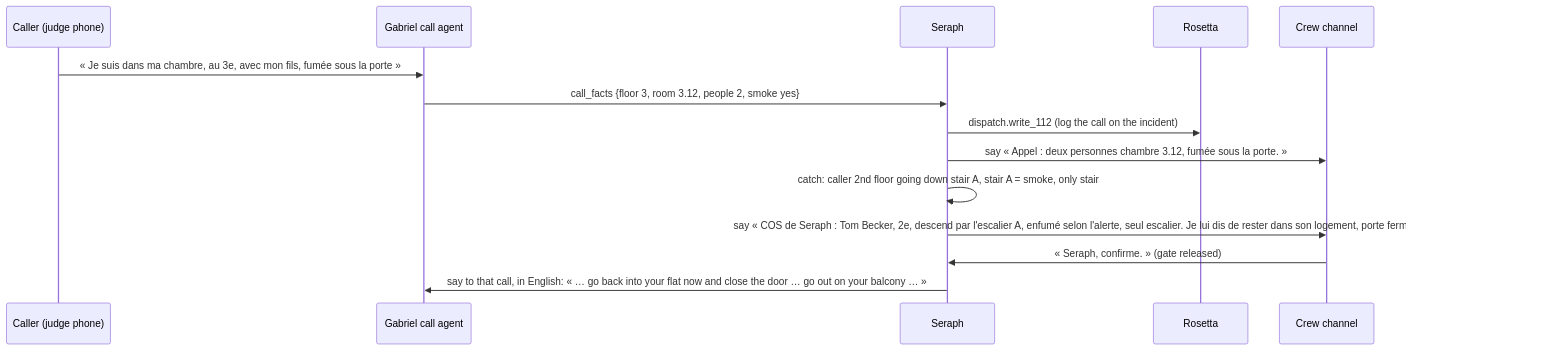
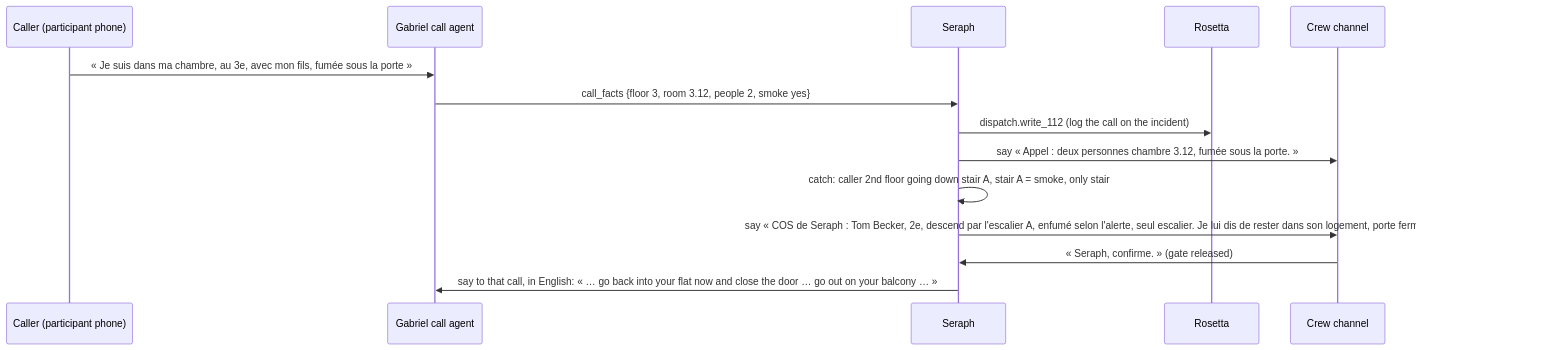
Before and after one commit to amilkourd/seraph: the second of 3 diagrams in docs/01-architecture.md, drawn with Mermaid. The commit also changed other lines of this file and 61 other files, not shown here.

````diff
--- a/docs/01-architecture.md
+++ b/docs/01-architecture.md
@@ -98,16 +98,16 @@
 ```mermaid
 sequenceDiagram
-  participant C as Caller (judge phone)
+  participant C as Caller (participant phone)
   participant G as Gabriel call agent
   participant S as Seraph
   participant R as Rosetta
   participant Crew as Crew channel
   C->>G: « Je suis dans ma chambre, au 3e, avec mon fils, fumée sous la porte »
   G->>S: call_facts {floor 3, room 3.12, people 2, smoke yes}
   S->>R: dispatch.write_112 (log the call on the incident)
   S->>Crew: say « Appel : deux personnes chambre 3.12, fumée sous la porte. »
   S->>S: catch: caller 2nd floor going down stair A, stair A = smoke, only stair
   S->>Crew: say « COS de Seraph : Tom Becker, 2e, descend par l'escalier A, enfumé selon l'alerte, seul escalier. Je lui dis de rester dans son logement, porte fermée, et d'aller sur le balcon ? »
   Crew->>S: « Seraph, confirme. » (gate released)
   S->>G: say to that call, in English: « … go back into your flat now and close the door … go out on your balcony … »
 ```
````
